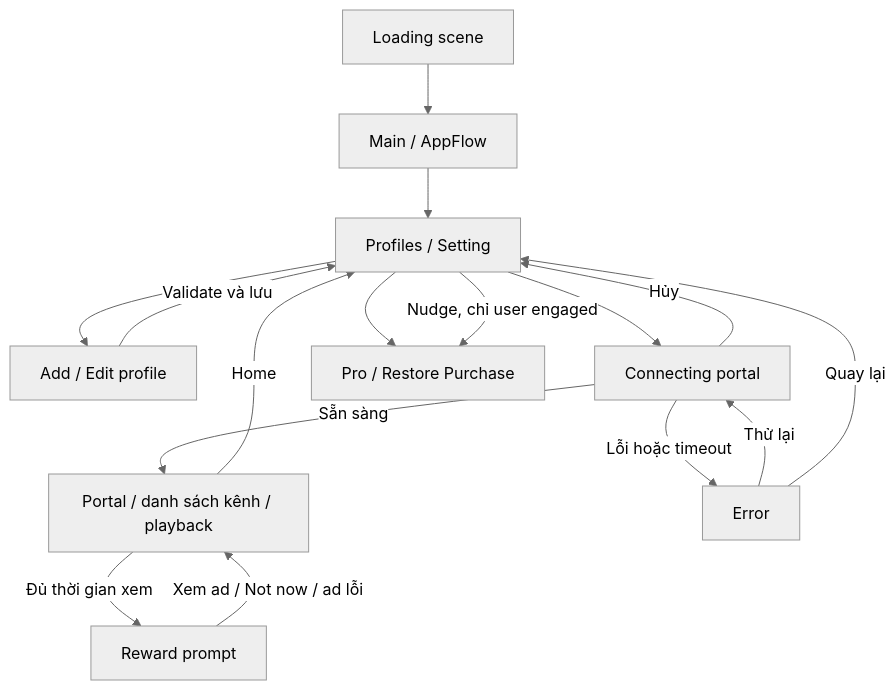
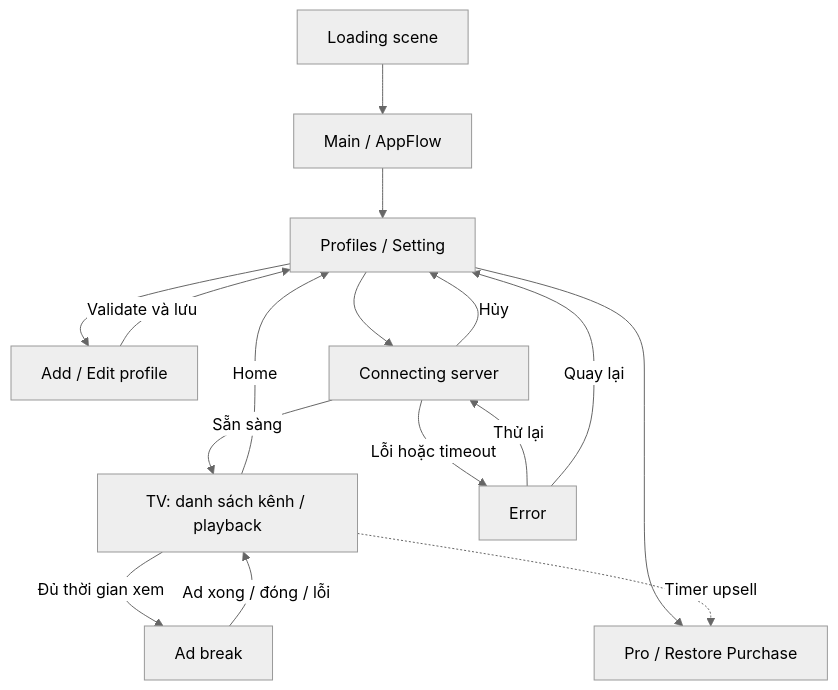
Before and after one commit to namdang2k/Kestrel-IPTV-Player: the diagram in README.md, drawn with Mermaid (neutral theme). The commit also changed other lines of this file and 52 other files, not shown here.

````diff
--- a/README.md
+++ b/README.md
@@ -14,18 +17,18 @@
 ```mermaid
 flowchart TD
     Loading[Loading scene] --> Main[Main / AppFlow]
     Main --> Profiles[Profiles / Setting]
     Profiles --> Edit[Add / Edit profile]
     Edit -->|Validate và lưu| Profiles
-    Profiles --> Connecting[Connecting portal]
-    Connecting -->|Sẵn sàng| Portal[Portal / danh sách kênh / playback]
+    Profiles --> Connecting[Connecting server]
+    Connecting -->|Sẵn sàng| Live[TV: danh sách kênh / playback]
     Connecting -->|Lỗi hoặc timeout| Error[Error]
     Connecting -->|Hủy| Profiles
     Error -->|Thử lại| Connecting
     Error -->|Quay lại| Profiles
-    Portal -->|Home| Profiles
-    Portal -->|Đủ thời gian xem| Reward[Reward prompt]
-    Reward -->|Xem ad / Not now / ad lỗi| Portal
+    Live -->|Home| Profiles
+    Live -->|Đủ thời gian xem| Break[Ad break]
+    Break -->|Ad xong / đóng / lỗi| Live
     Profiles --> Pro[Pro / Restore Purchase]
-    Profiles -->|Nudge, chỉ user engaged| Pro
+    Live -.->|Timer upsell| Pro
 ```
````
